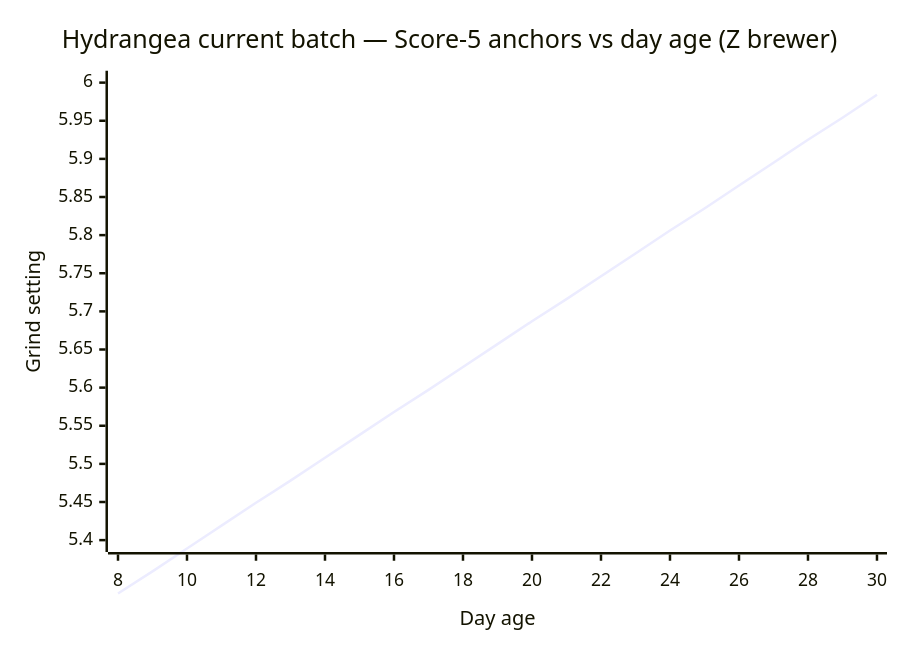
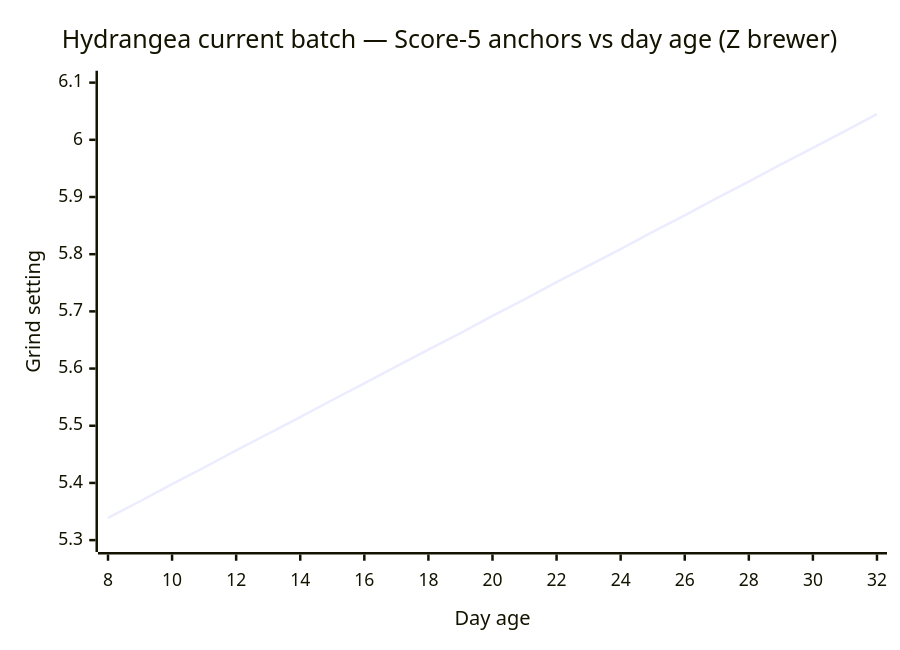
Before and after one commit to manuscriptmastr/coffee-journal: the first of 6 diagrams in joshua-martin/profile.md, drawn with Mermaid. The commit also changed other lines of this file and 3 other files, not shown here.

First line of the commit message:
Update Hydrangea drift chart and add fresh-coffee findings

````diff
--- a/joshua-martin/profile.md
+++ b/joshua-martin/profile.md
@@ -90,7 +90,7 @@
 ```mermaid
 xychart-beta
     title "Hydrangea current batch — Score-5 anchors vs day age (Z brewer)"
-    x-axis "Day age" 8 --> 30
-    y-axis "Grind setting" 5.40 --> 6.00
-    line [5.330, 5.359, 5.389, 5.419, 5.449, 5.478, 5.508, 5.538, 5.568, 5.597, 5.627, 5.657, 5.687, 5.716, 5.746, 5.776, 5.806, 5.835, 5.865, 5.895, 5.925, 5.954, 5.984]
+    x-axis "Day age" 8 --> 32
+    y-axis "Grind setting" 5.30 --> 6.10
+    line [5.339, 5.368, 5.398, 5.427, 5.457, 5.486, 5.515, 5.545, 5.574, 5.604, 5.633, 5.662, 5.692, 5.721, 5.751, 5.780, 5.809, 5.839, 5.868, 5.898, 5.927, 5.957, 5.986, 6.015, 6.045]
 ```
````
